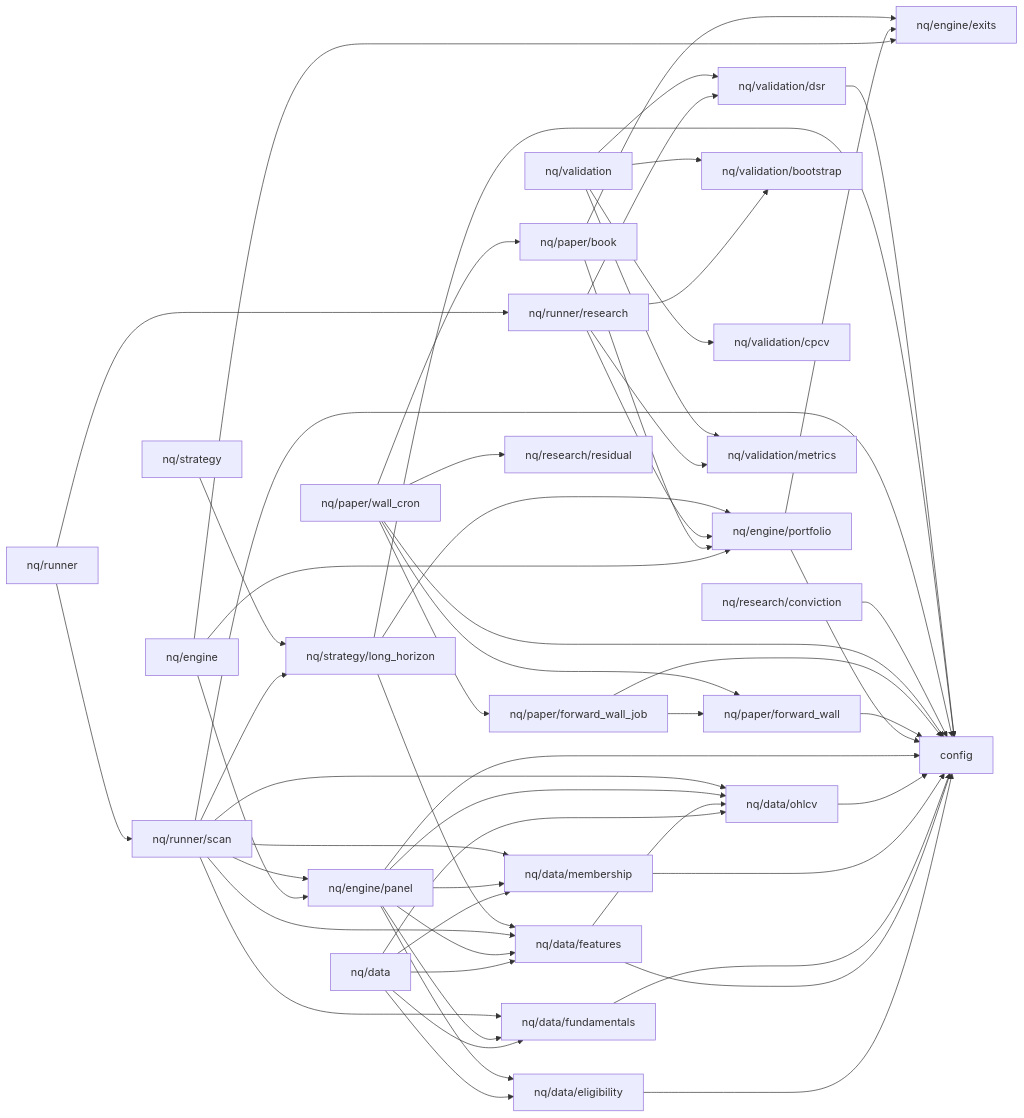
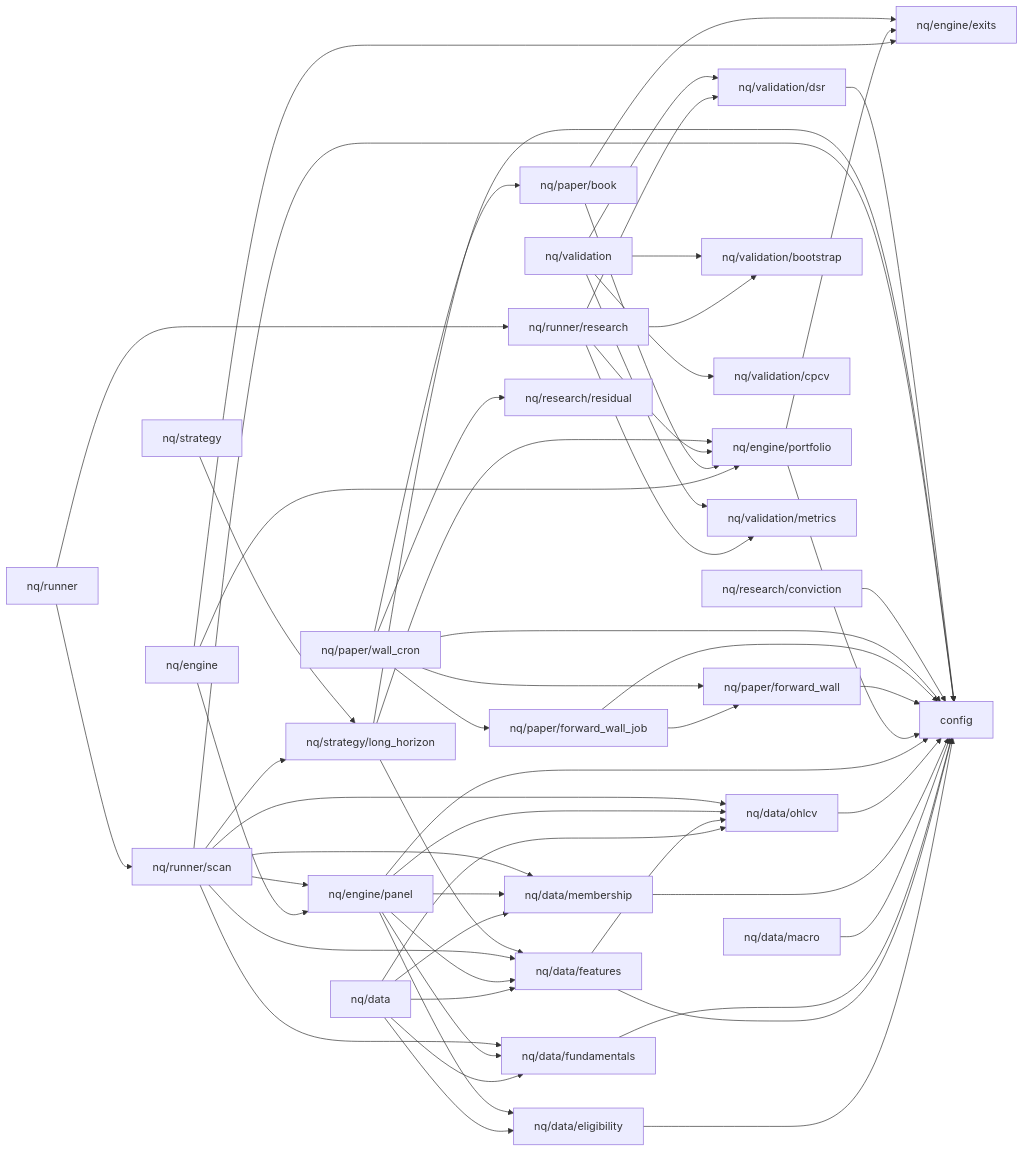
Before and after one commit to kreeshpatel/nifty-satvik: the diagram in docs/DEPENDENCY_MAP.md, drawn with Mermaid. The commit also changed 5 other files, not shown here.

```diff
--- a/docs/DEPENDENCY_MAP.md
+++ b/docs/DEPENDENCY_MAP.md
@@ -13,6 +13,7 @@
     nq_data_eligibility["nq/data/eligibility"]
     nq_data_features["nq/data/features"]
     nq_data_fundamentals["nq/data/fundamentals"]
+    nq_data_macro["nq/data/macro"]
     nq_data_membership["nq/data/membership"]
     nq_data_ohlcv["nq/data/ohlcv"]
     nq_engine["nq/engine"]
@@ -44,6 +45,7 @@
     nq_data_features --> config
     nq_data_features --> nq_data_ohlcv
     nq_data_fundamentals --> config
+    nq_data_macro --> config
     nq_data_membership --> config
     nq_data_ohlcv --> config
     nq_engine --> nq_engine_exits
```
